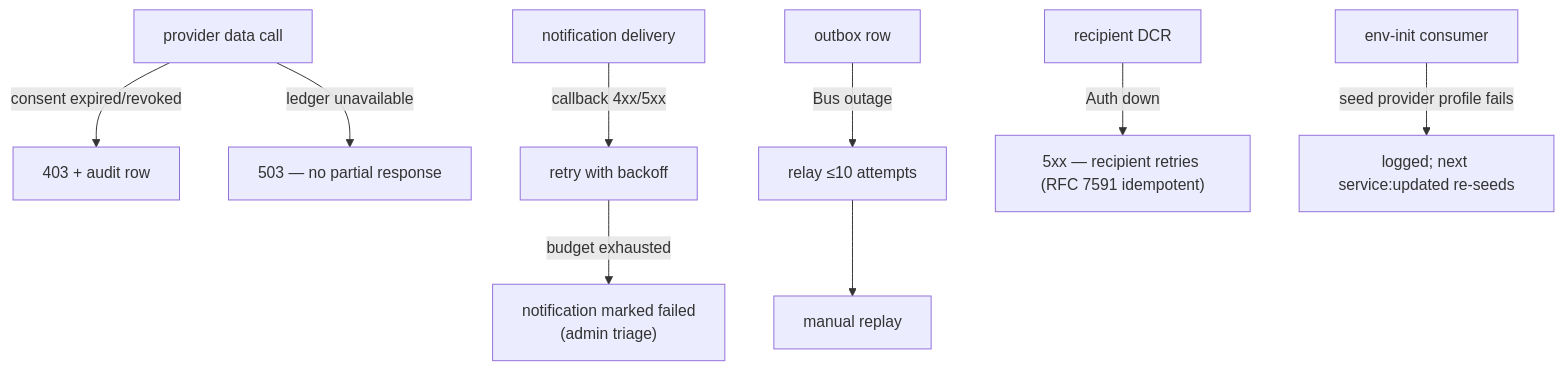
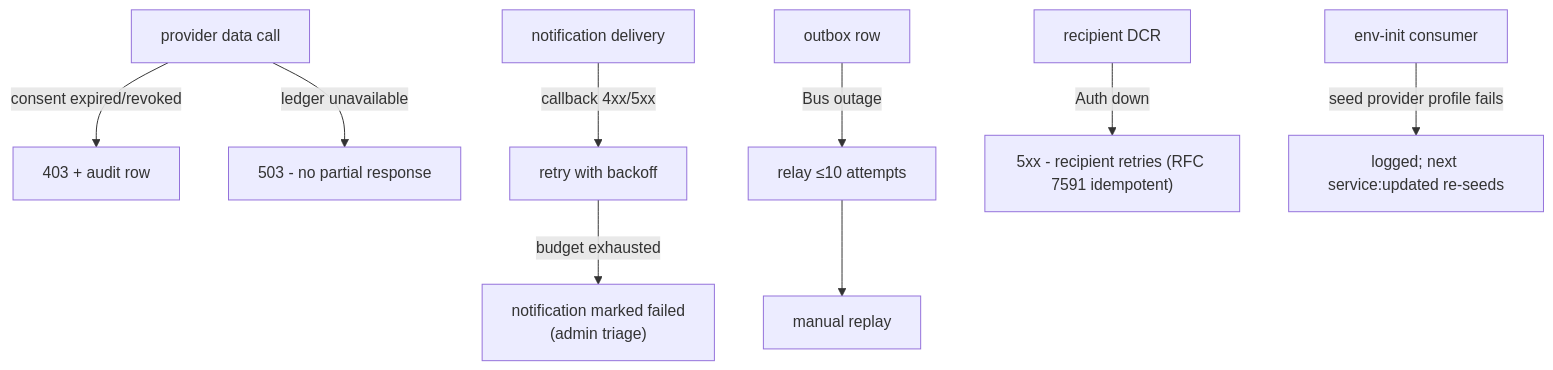
One commit to Bank8-dev/bank8-fdx changed the eighth of 9 diagrams in DESIGN.md. Above: the diagram before and after it, drawn with Mermaid. The commit also changed other lines of this file and 43 other files, not shown here.

````diff
--- a/DESIGN.md
+++ b/DESIGN.md
@@ -381,11 +381,11 @@
 ```mermaid
 flowchart TD
     REQ["provider data call"] -->|"consent expired/revoked"| R403["403 + audit row"]
-    REQ -->|"ledger unavailable"| R503["503 — no partial response"]
+    REQ -->|"ledger unavailable"| R503["503 - no partial response"]
     NOTIF["notification delivery"] -->|"callback 4xx/5xx"| RETRY["retry with backoff"]
     RETRY -->|"budget exhausted"| MARKED["notification marked failed<br/>(admin triage)"]
     OUTBOX["outbox row"] -->|"Bus outage"| RETRY2["relay ≤10 attempts"]
     RETRY2 --> STUCK["manual replay"]
-    DCR["recipient DCR"] -->|"Auth down"| R5XX["5xx — recipient retries (RFC 7591 idempotent)"]
+    DCR["recipient DCR"] -->|"Auth down"| R5XX["5xx - recipient retries (RFC 7591 idempotent)"]
     ENVINIT["env-init consumer"] -->|"seed provider profile fails"| SKIP["logged; next service:updated re-seeds"]
 ```
````
